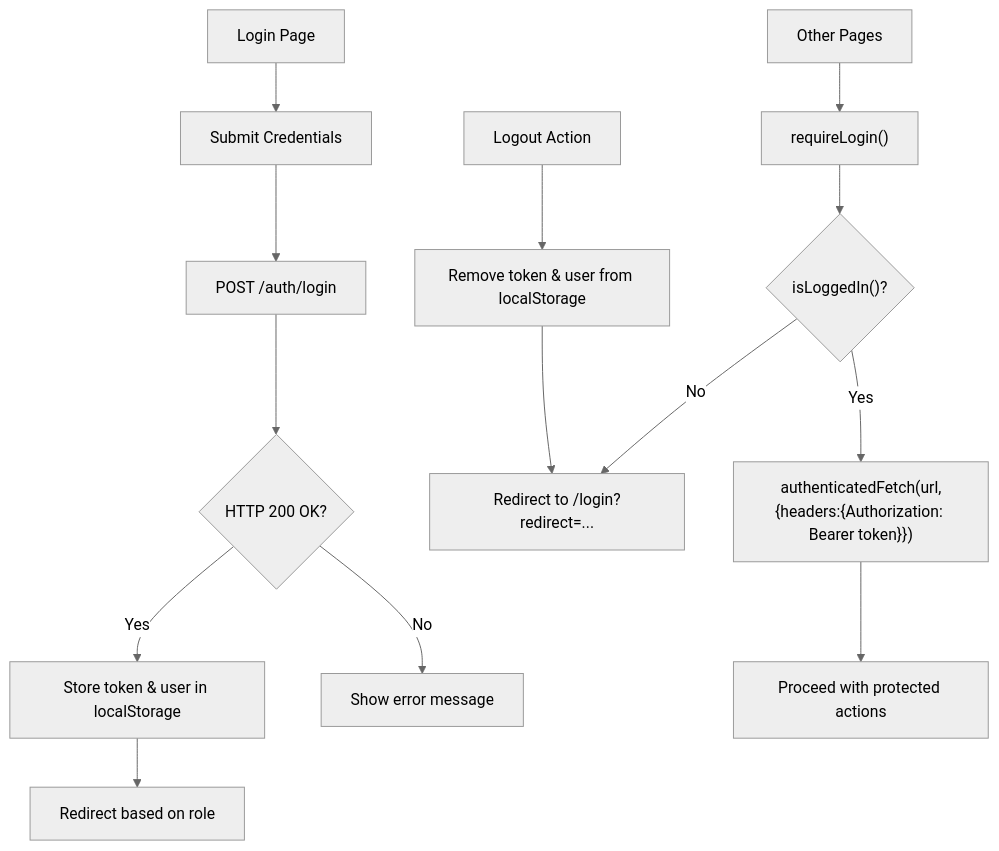
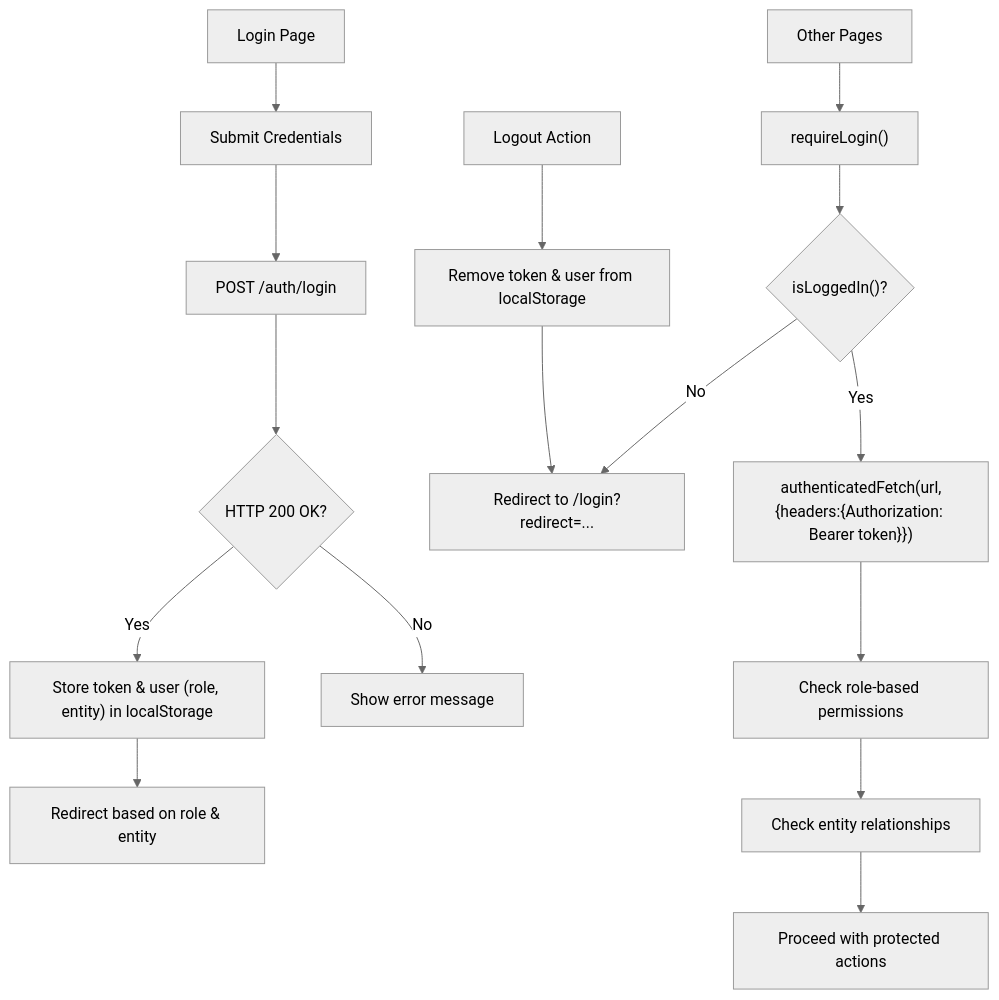
One commit to luiseduacosta/nodemural changed the seventh of 10 diagrams in .qoder/repowiki/en/content/Authentication & Authorization System/Authentication & Authorization System.md. Above: the diagram before and after it, drawn with Mermaid (neutral theme). The commit also changed other lines of this file and 27 other files, not shown here.

````diff
--- a/.qoder/repowiki/en/content/Authentication & Authorization System/Authentication & Authorization System.md
+++ b/.qoder/repowiki/en/content/Authentication & Authorization System/Authentication & Authorization System.md
@@ -282,16 +347,18 @@
 ```mermaid
 flowchart TD
 LoginPage["Login Page"] --> Submit["Submit Credentials"]
 Submit --> FetchLogin["POST /auth/login"]
 FetchLogin --> Ok{"HTTP 200 OK?"}
-Ok --> |Yes| Store["Store token & user in localStorage"]
-Store --> Redirect["Redirect based on role"]
+Ok --> |Yes| Store["Store token & user (role, entity) in localStorage"]
+Store --> Redirect["Redirect based on role & entity"]
 Ok --> |No| ShowError["Show error message"]
 App["Other Pages"] --> RequireLogin["requireLogin()"]
 RequireLogin --> LoggedIn{"isLoggedIn()?"}
 LoggedIn --> |No| GoLogin["Redirect to /login?redirect=..."]
 LoggedIn --> |Yes| AuthFetch["authenticatedFetch(url,{headers:{Authorization: Bearer token}})"]
-AuthFetch --> Proceed["Proceed with protected actions"]
+AuthFetch --> CheckRole["Check role-based permissions"]
+CheckRole --> EntityCheck["Check entity relationships"]
+EntityCheck --> Proceed["Proceed with protected actions"]
 Logout["Logout Action"] --> Clear["Remove token & user from localStorage"]
 Clear --> GoLogin
 ```
````
